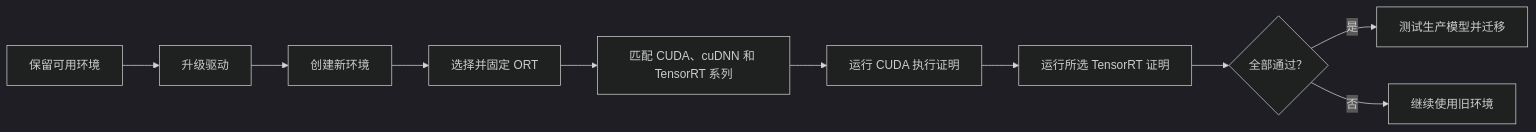
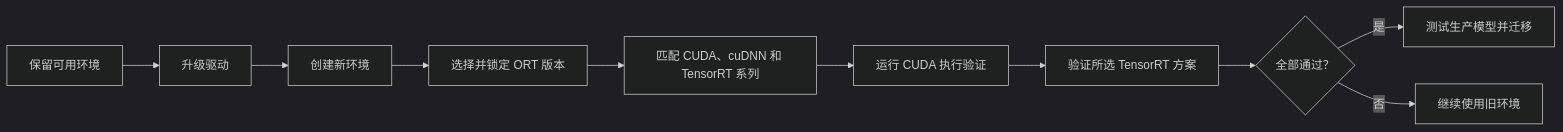
One commit to DakeQQ/Tutorial-ONNX-Runtime-Execution-Providers changed the fourth of 4 diagrams in NVIDIA/README.zh-CN.md. Above: the diagram before and after it, drawn with Mermaid (dark theme). The commit also changed other lines of this file, not shown here.

````diff
--- a/NVIDIA/README.zh-CN.md
+++ b/NVIDIA/README.zh-CN.md
@@ -772,12 +772,12 @@
 ```mermaid
 flowchart LR
     A[保留可用环境] --> B[升级驱动]
     B --> C[创建新环境]
-    C --> D[选择并固定 ORT]
+    C --> D[选择并锁定 ORT 版本]
     D --> E[匹配 CUDA、cuDNN 和 TensorRT 系列]
-    E --> F[运行 CUDA 执行证明]
-    F --> G[运行所选 TensorRT 证明]
+    E --> F[运行 CUDA 执行验证]
+    F --> G[验证所选 TensorRT 方案]
     G --> H{全部通过？}
     H -- 是 --> I[测试生产模型并迁移]
     H -- 否 --> J[继续使用旧环境]
 ```
````
